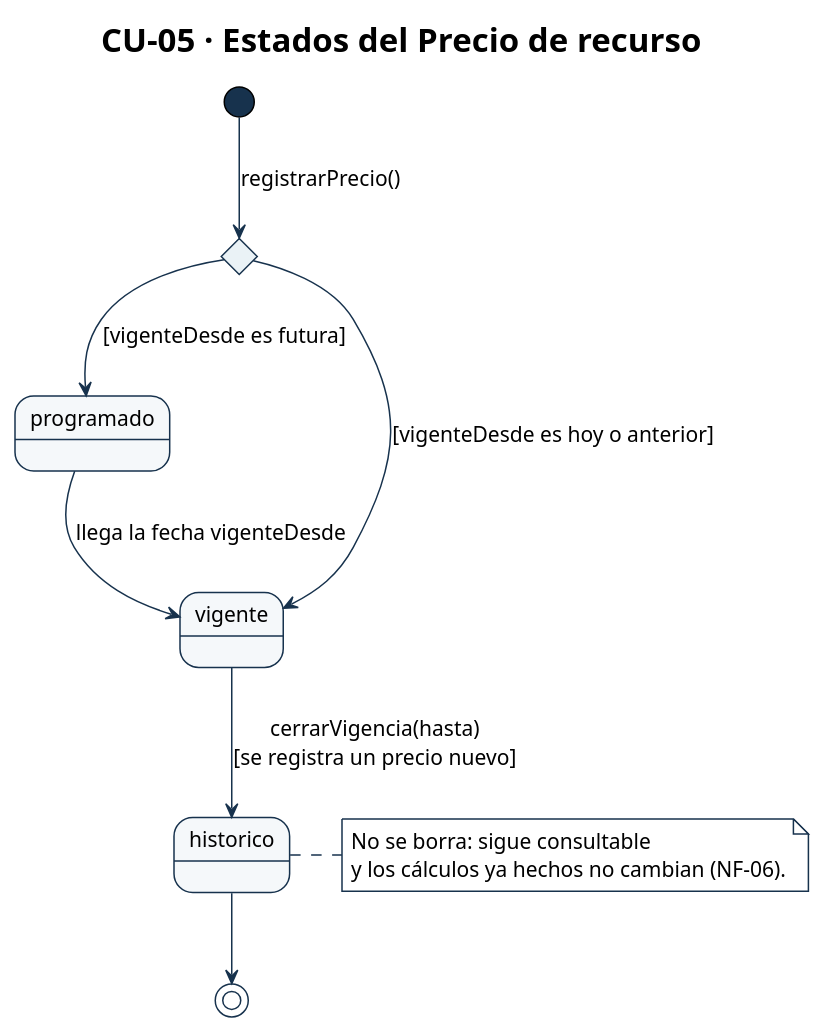
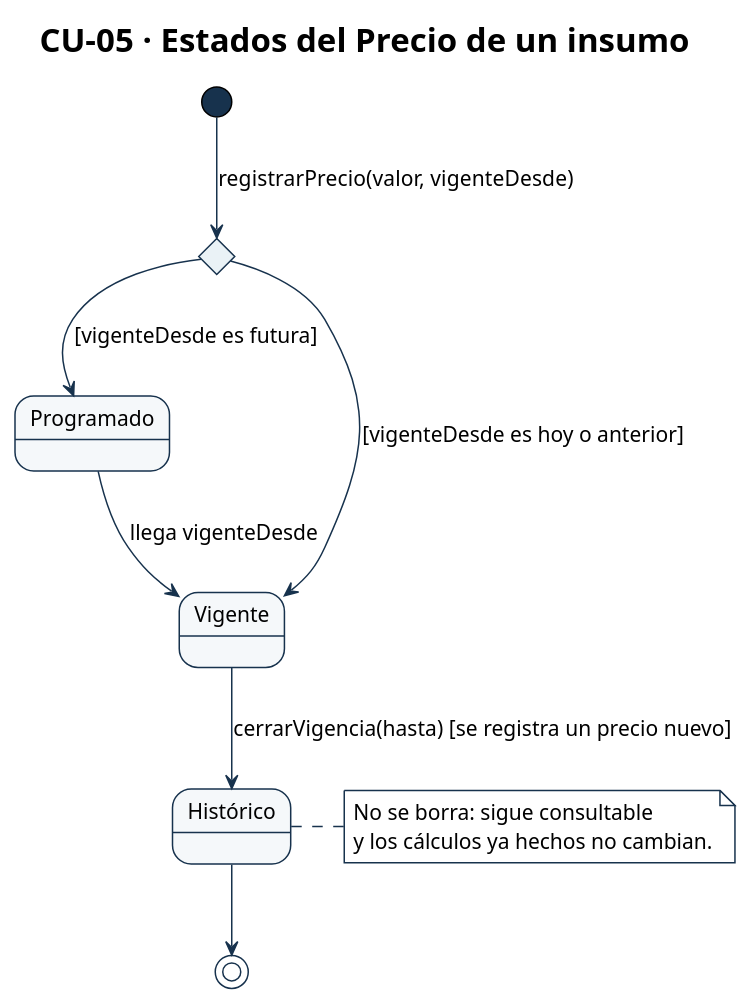
The diagram in diagramas/CU-05-estados.puml (Ssrrb/tpf-uca), drawn with PlantUML before and after one commit. The commit also changed 61 other files, not shown here.

First line of the commit message:
Regenera los diagramas para la v8 del Modelo de Análisis

```diff
--- a/diagramas/CU-05-estados.puml
+++ b/diagramas/CU-05-estados.puml
@@ -1,47 +1,52 @@
 @startuml
 !theme plain
 skinparam style strictuml
 skinparam shadowing false
 skinparam defaultFontName Arial
 skinparam defaultFontSize 14
 skinparam ArrowColor #17324D
 skinparam activity {
   StartColor #17324D
   EndColor #17324D
   BarColor #17324D
   BackgroundColor #F5F8FA
   BorderColor #17324D
   DiamondBackgroundColor #EAF2F6
   DiamondBorderColor #17324D
 }
 skinparam swimlane {
   BorderColor #17324D
   TitleBackgroundColor #EAF2F6
 }
 skinparam state {
   StartColor #17324D
   EndColor #17324D
   BackgroundColor #F5F8FA
   BorderColor #17324D
 }
 skinparam package {
   BackgroundColor #EAF2F6
   BorderColor #17324D
 }
 skinparam note {
   BackgroundColor #FFFFFF
   BorderColor #17324D
 }
-title CU-05 · Estados del Precio de recurso
+title CU-05 · Estados del Precio de un insumo
 state fecha <<choice>>
-[*] --> fecha : registrarPrecio()
+state "Programado" as programado
+state "Vigente" as vigente
+state "Histórico" as historico
+
+[*] --> fecha : registrarPrecio(valor, vigenteDesde)
 fecha --> programado : [vigenteDesde es futura]
 fecha --> vigente : [vigenteDesde es hoy o anterior]
-programado --> vigente : llega la fecha vigenteDesde
-vigente --> historico : cerrarVigencia(hasta)\n[se registra un precio nuevo]
+programado --> vigente : llega vigenteDesde
+vigente --> historico : cerrarVigencia(hasta) [se registra un precio nuevo]
 historico --> [*]
+
 note right of historico
   No se borra: sigue consultable
-  y los cálculos ya hechos no cambian (NF-06).
+  y los cálculos ya hechos no cambian.
 end note
 @enduml
```
